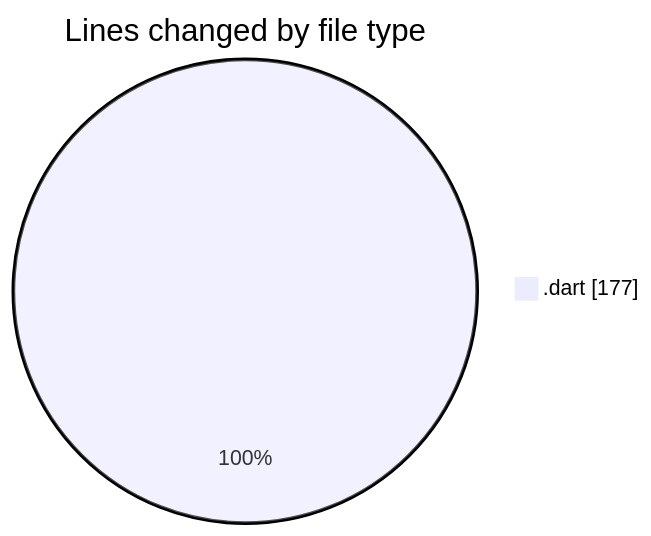
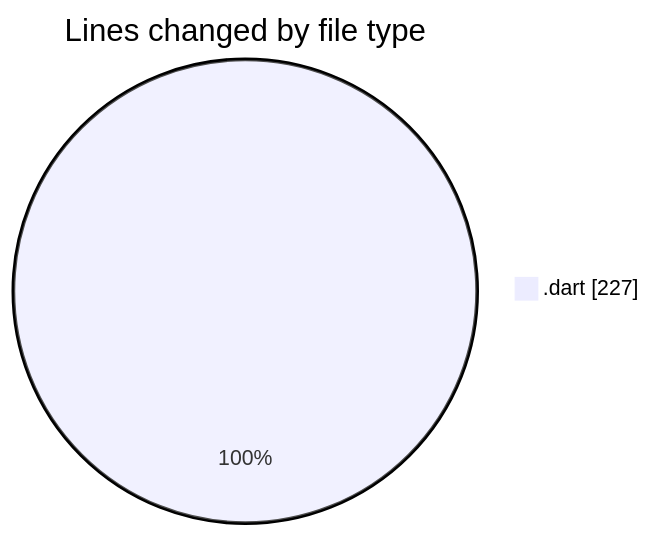
Before and after one commit to donsfak/code-tracking: the first of 2 diagrams in 2025-02-17/uber_clone/README.md, drawn with Mermaid. The commit also changed other lines of this file and 1 other file, not shown here.

````diff
--- a/2025-02-17/uber_clone/README.md
+++ b/2025-02-17/uber_clone/README.md
@@ -21,5 +21,5 @@
 ```mermaid
 pie showData
 title Lines changed by file type
-".dart" : 177
+".dart" : 227
 ```
````
